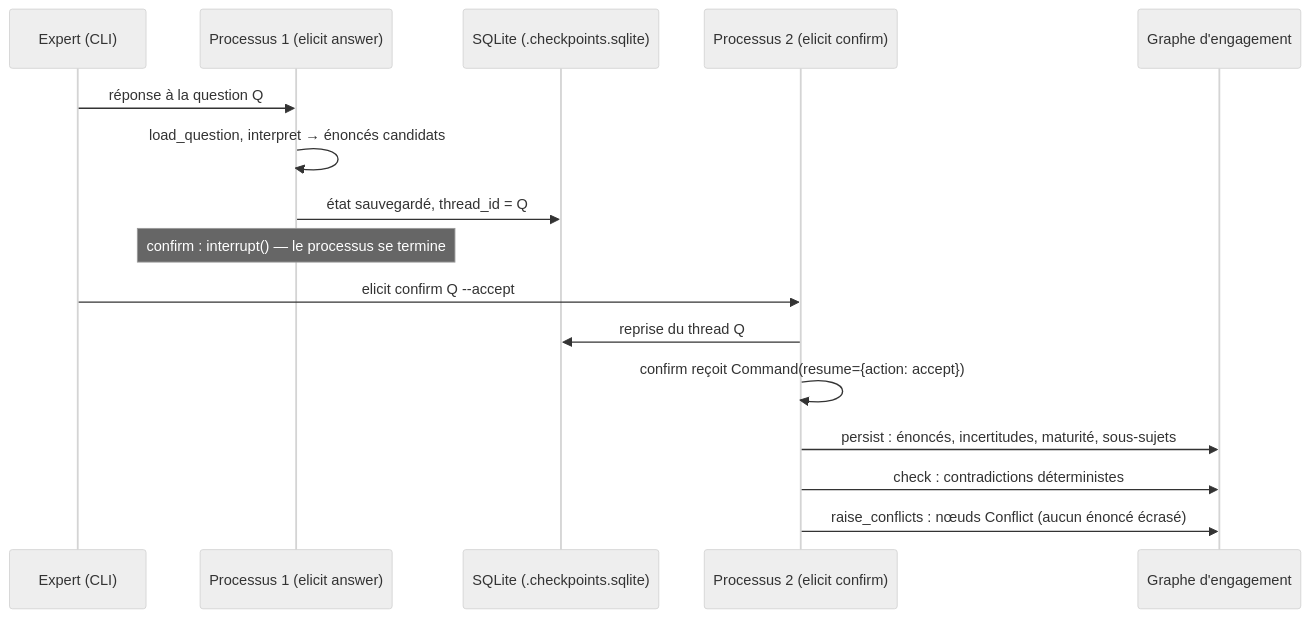
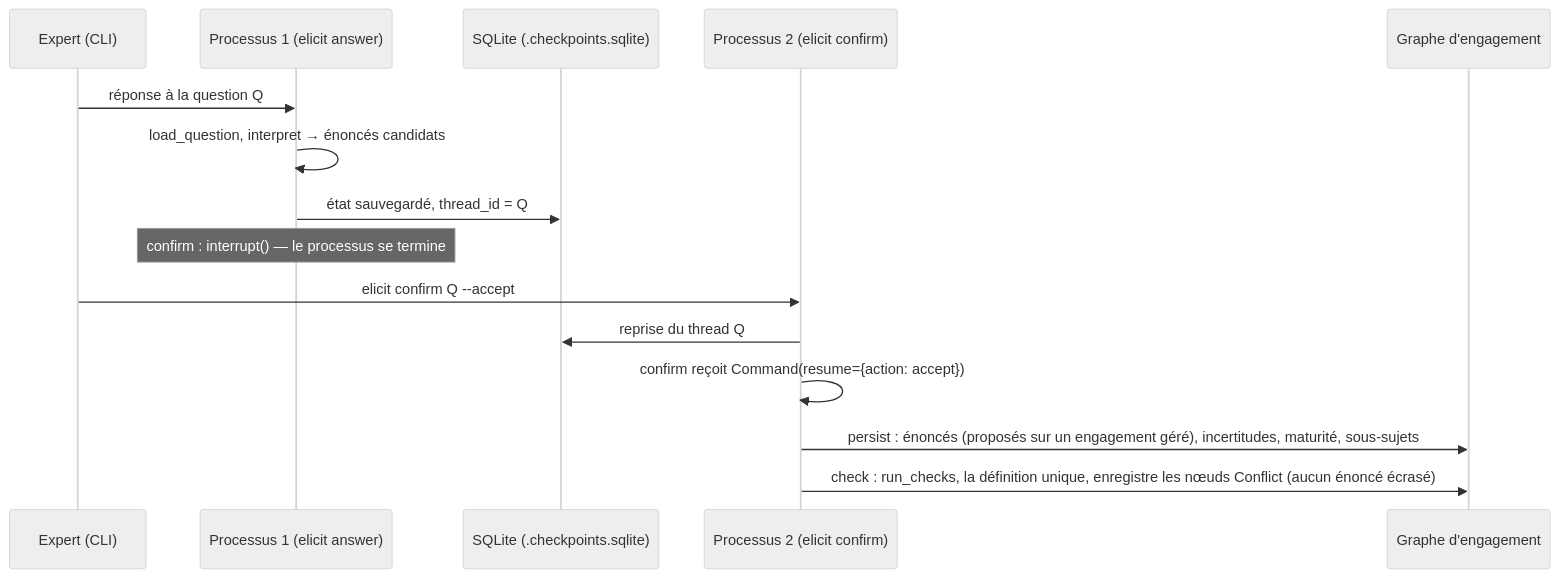
The second of 3 diagrams in docs/ZOOM-LangGraph-elicitation.md (MauriceIsrael/LLMOps), drawn with Mermaid (neutral theme) before and after one commit. The commit also changed other lines of this file and 14 other files, not shown here.

First line of the commit message:
feat(elicitation): intake sur engagement géré, un seul détecteur de conflits, scan des sujets dérivés (closes #78, #79, #80)

````diff
--- a/docs/ZOOM-LangGraph-elicitation.md
+++ b/docs/ZOOM-LangGraph-elicitation.md
@@ -49,19 +49,18 @@
 ```mermaid
 sequenceDiagram
   participant E as Expert (CLI)
   participant P1 as Processus 1 (elicit answer)
   participant CK as SQLite (.checkpoints.sqlite)
   participant P2 as Processus 2 (elicit confirm)
   participant G as Graphe d'engagement
 
   E->>P1: réponse à la question Q
   P1->>P1: load_question, interpret → énoncés candidats
   P1->>CK: état sauvegardé, thread_id = Q
   Note over P1: confirm : interrupt() — le processus se termine
   E->>P2: elicit confirm Q --accept
   P2->>CK: reprise du thread Q
   P2->>P2: confirm reçoit Command(resume={action: accept})
-  P2->>G: persist : énoncés, incertitudes, maturité, sous-sujets
-  P2->>G: check : contradictions déterministes
-  P2->>G: raise_conflicts : nœuds Conflict (aucun énoncé écrasé)
+  P2->>G: persist : énoncés (proposés sur un engagement géré), incertitudes, maturité, sous-sujets
+  P2->>G: check : run_checks, la définition unique, enregistre les nœuds Conflict (aucun énoncé écrasé)
 ```
````
